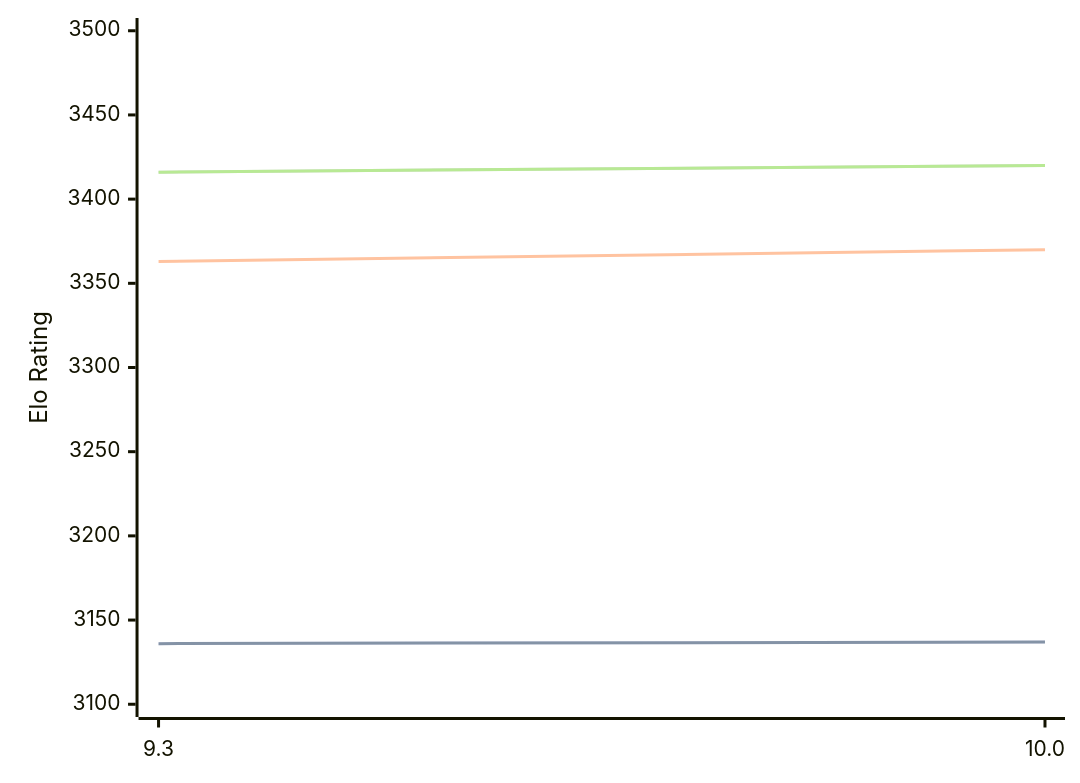
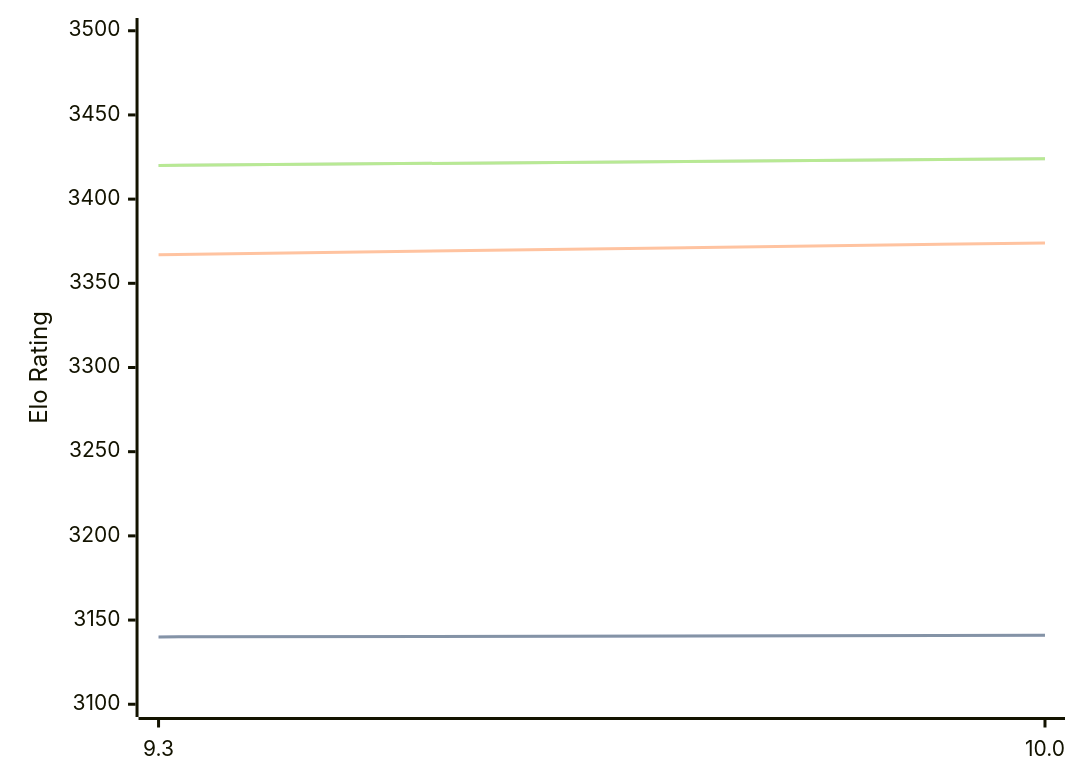
Before and after one commit to computer-chess-index/cci: the diagram in engines/Fire.md, drawn with Mermaid. The commit also changed other lines of this file, not shown here.

Commit message:
Update CCI Ratings (ELO VLTC) - 2026-08-18

````diff
--- a/engines/Fire.md
+++ b/engines/Fire.md
@@ -32,11 +32,11 @@
 ```mermaid
 %%{init: {"theme":"base","themeVariables":{"seriesColors:['#a3a3a3','#222221','#faa371']}}}%%
 xychart-beta
   x-axis ["9.3", "10.0"]
   y-axis "Elo Rating" 3100 --> 3500
-  line "STC (8.0+0.08s)" [3136, 3137]
-  line "STC (8.0+0.08s)" [3136, 3137]
-  line "LTC (60.0+0.60s)" [3363, 3370]
-  line "VLTC (2m24s+1.12s)" [3416, 3420]
-  line "VLTC (2m24s+1.12s)" [3416, 3420]
+  line "STC (8.0+0.08s)" [3140, 3141]
+  line "STC (8.0+0.08s)" [3140, 3141]
+  line "LTC (60.0+0.60s)" [3367, 3374]
+  line "VLTC (2m24s+1.12s)" [3420, 3424]
+  line "VLTC (2m24s+1.12s)" [3420, 3424]
 ```
````
